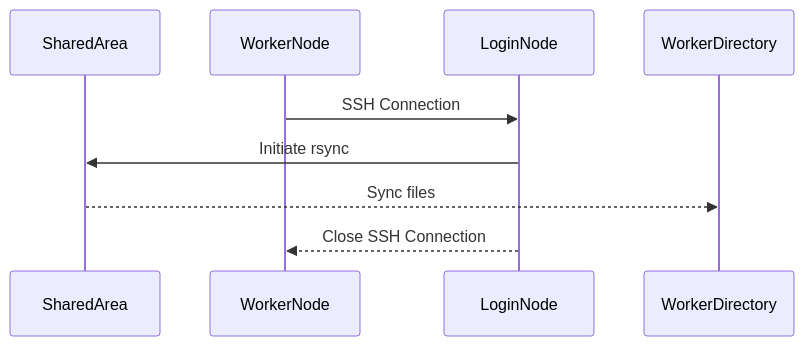
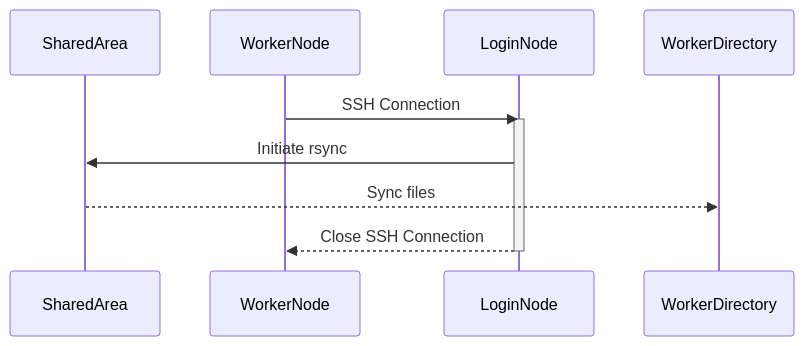
One commit to Carldkennedy/hpc_workflow_recipes changed the diagram in README.md. Above: the diagram before and after it, drawn with Mermaid.

````diff
--- a/README.md
+++ b/README.md
@@ -68,8 +68,10 @@
 ```mermaid
 sequenceDiagram
     participant SharedArea
     WorkerNode->>LoginNode: SSH Connection
+    activate LoginNode
     LoginNode->>SharedArea: Initiate rsync
     SharedArea-->>WorkerDirectory: Sync files
     LoginNode-->>WorkerNode: Close SSH Connection
+    deactivate LoginNode
 ```
````
